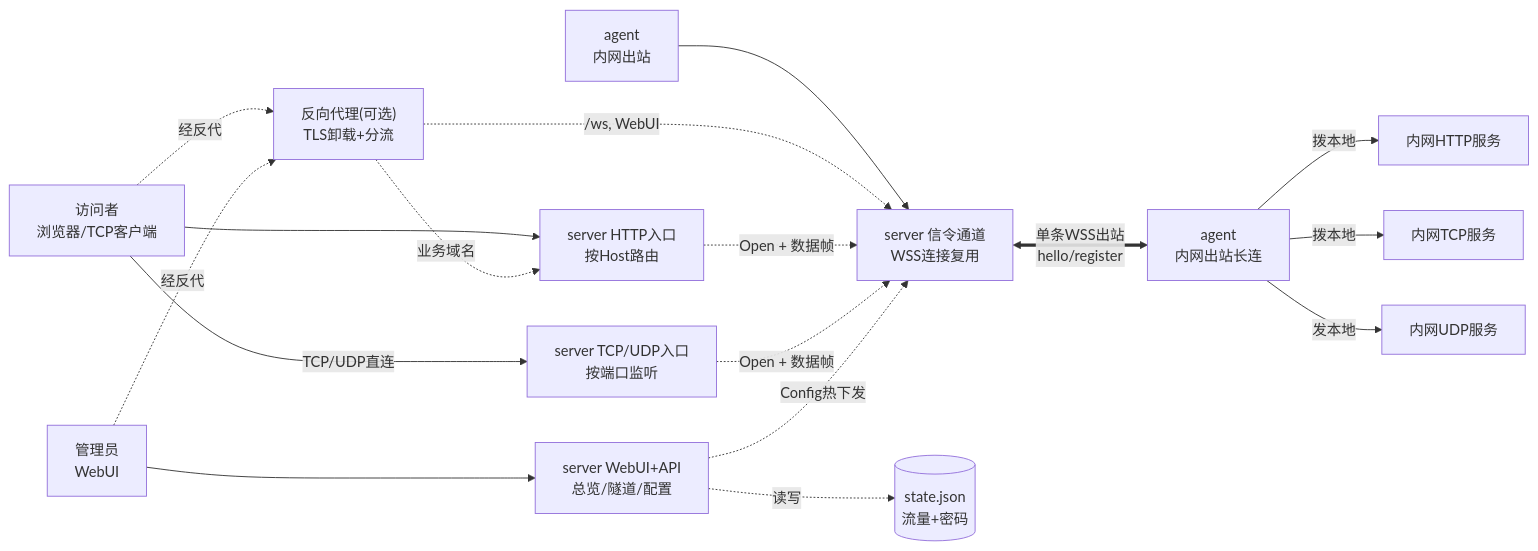
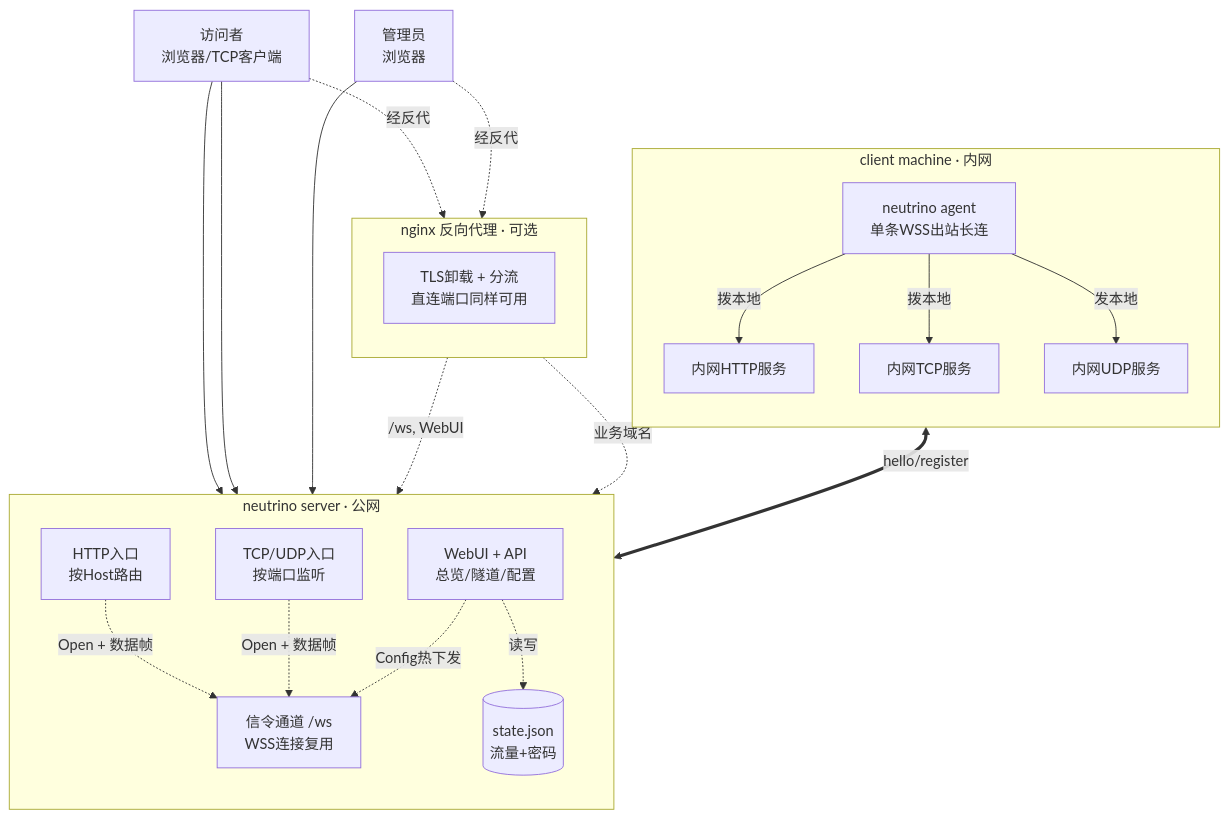
Before and after one commit to kkito/neutrino: the first of 5 diagrams in docs/architecture.md, drawn with Mermaid.

Commit message:
docs: 架构图按三模块分组 TB布局

````diff
--- a/docs/architecture.md
+++ b/docs/architecture.md
@@ -11,19 +11,43 @@
 ```mermaid
-flowchart LR
-    U[访问者<br/>浏览器/TCP客户端] --> HTTP["server HTTP入口<br/>按Host路由"]
-    U -->|TCP/UDP直连| TCP["server TCP/UDP入口<br/>按端口监听"]
-    A[管理员<br/>WebUI] --> WEB["server WebUI+API<br/>总览/隧道/配置"]
-    AG2[agent<br/>内网出站] --> WS["server 信令通道<br/>WSS连接复用"]
-    N["反向代理(可选)<br/>TLS卸载+分流"] -.->|/ws, WebUI| WS
-    N -.->|业务域名| HTTP
+flowchart TB
+    U[访问者<br/>浏览器/TCP客户端]
+    A[管理员<br/>浏览器]
+
+    subgraph SRV[neutrino server · 公网]
+        direction TB
+        WS["信令通道 /ws<br/>WSS连接复用"]
+        HTTP["HTTP入口<br/>按Host路由"]
+        TCP["TCP/UDP入口<br/>按端口监听"]
+        WEB["WebUI + API<br/>总览/隧道/配置"]
+        ST[(state.json<br/>流量+密码)]
+        HTTP -.->|Open + 数据帧| WS
+        TCP -.->|Open + 数据帧| WS
+        WEB -.->|Config热下发| WS
+        WEB -.->|读写| ST
+    end
+
+    subgraph AGT[client machine · 内网]
+        direction TB
+        AG["neutrino agent<br/>单条WSS出站长连"]
+        L1[内网HTTP服务]
+        L2[内网TCP服务]
+        L3[内网UDP服务]
+        AG -->|拨本地| L1
+        AG -->|拨本地| L2
+        AG -->|发本地| L3
+    end
+
+    subgraph RP[nginx 反向代理 · 可选]
+        direction TB
+        N["TLS卸载 + 分流<br/>直连端口同样可用"]
+    end
+
+    U --> HTTP
+    U --> TCP
+    A --> WEB
+    AG <==>|hello/register| WS
     U -.->|经反代| N
     A -.->|经反代| N
-    HTTP -.->|Open + 数据帧| WS
-    TCP -.->|Open + 数据帧| WS
-    WS <==>|单条WSS出站<br/>hello/register| AG["agent<br/>内网出站长连"]
-    AG -->|拨本地| L1[内网HTTP服务]
-    AG -->|拨本地| L2[内网TCP服务]
-    AG -->|发本地| L3[内网UDP服务]
-    WEB -.->|Config热下发| WS
-    WEB -.->|读写| ST[(state.json<br/>流量+密码)]
+    N -.->|/ws, WebUI| WS
+    N -.->|业务域名| HTTP
 ```
````
